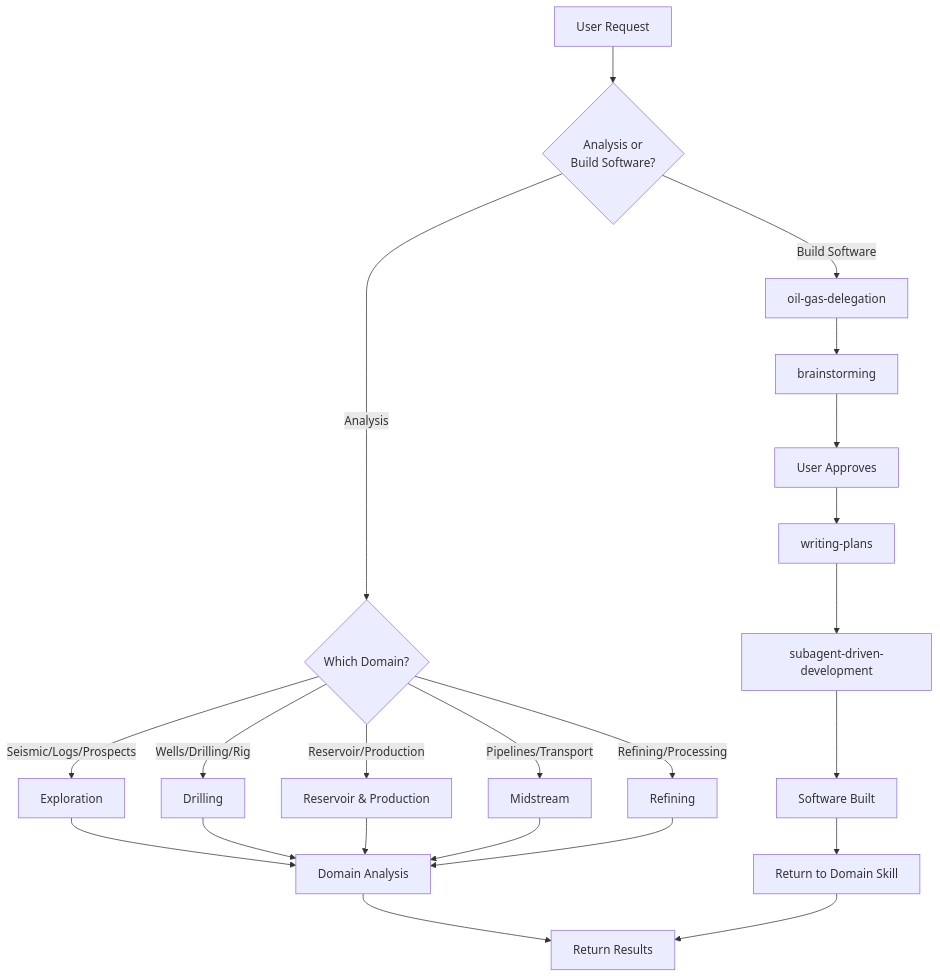
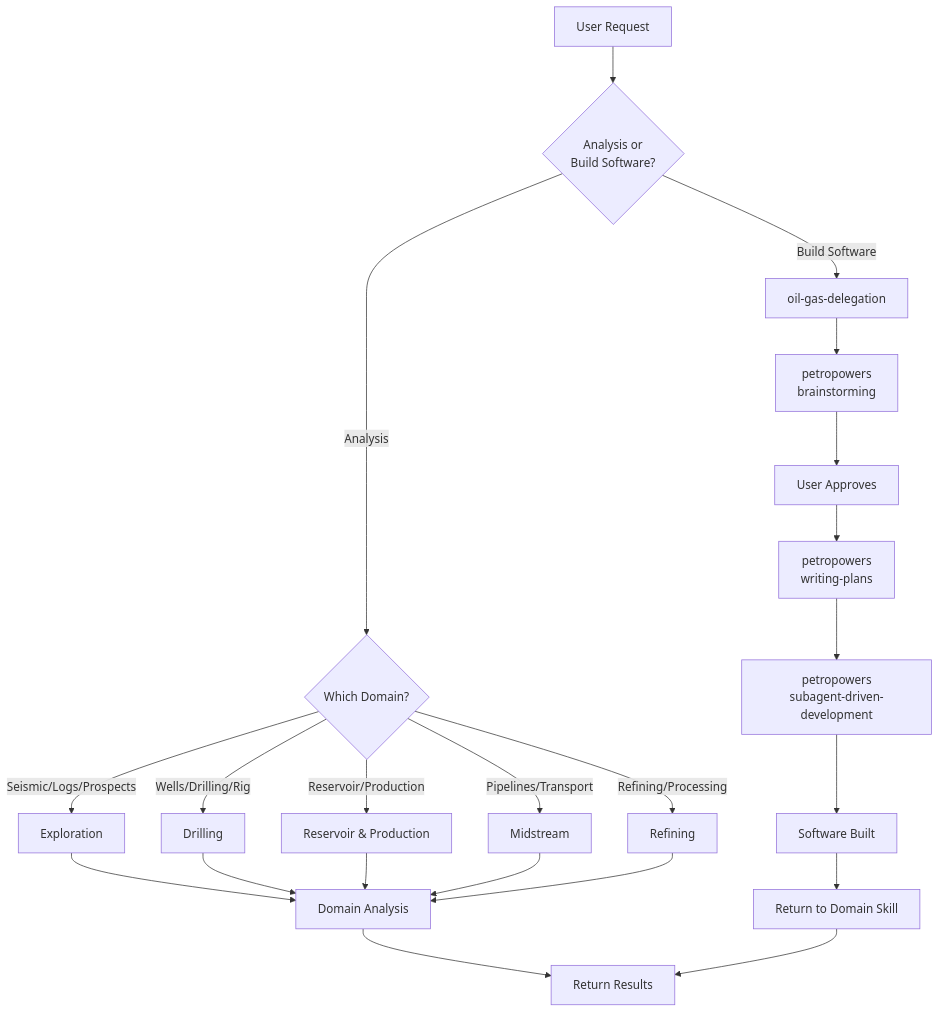
The eighth of 9 diagrams in docs/oil-gas-pipelines.md (kucherenko/petropowers), drawn with Mermaid before and after one commit. The commit also changed other lines of this file and 36 other files, not shown here.

````diff
--- a/docs/oil-gas-pipelines.md
+++ b/docs/oil-gas-pipelines.md
@@ -1082,29 +1082,29 @@
 ```mermaid
 graph TD
     A[User Request] --> B{Analysis or<br/>Build Software?}
     
     B -->|Analysis| C{Which Domain?}
     B -->|Build Software| D[oil-gas-delegation]
     
     C -->|Seismic/Logs/Prospects| E[Exploration]
     C -->|Wells/Drilling/Rig| F[Drilling]
     C -->|Reservoir/Production| G[Reservoir & Production]
     C -->|Pipelines/Transport| H[Midstream]
     C -->|Refining/Processing| I[Refining]
     
-    D --> J[brainstorming]
+    D --> J[petropowers<br/>brainstorming]
     J --> K[User Approves]
-    K --> L[writing-plans]
-    L --> M[subagent-driven-development]
+    K --> L[petropowers<br/>writing-plans]
+    L --> M[petropowers<br/>subagent-driven-development]
     M --> N[Software Built]
     N --> O[Return to Domain Skill]
     
     E --> P[Domain Analysis]
     F --> P
     G --> P
     H --> P
     I --> P
     
     P --> Q[Return Results]
     O --> Q
 ```
````
